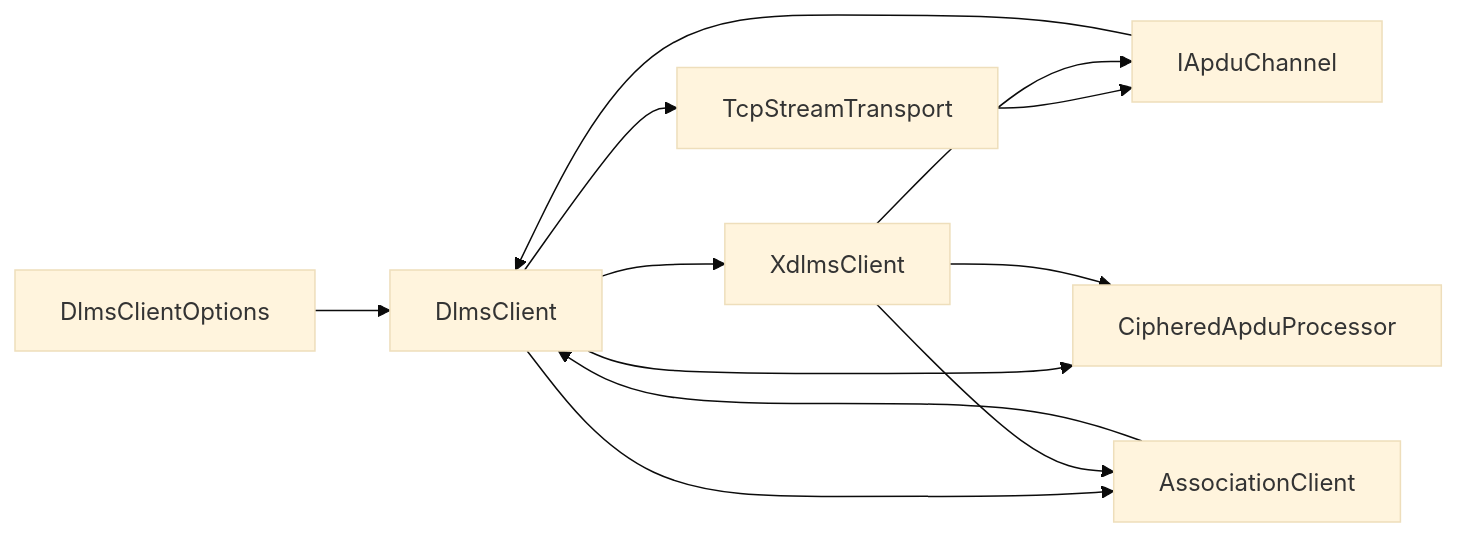
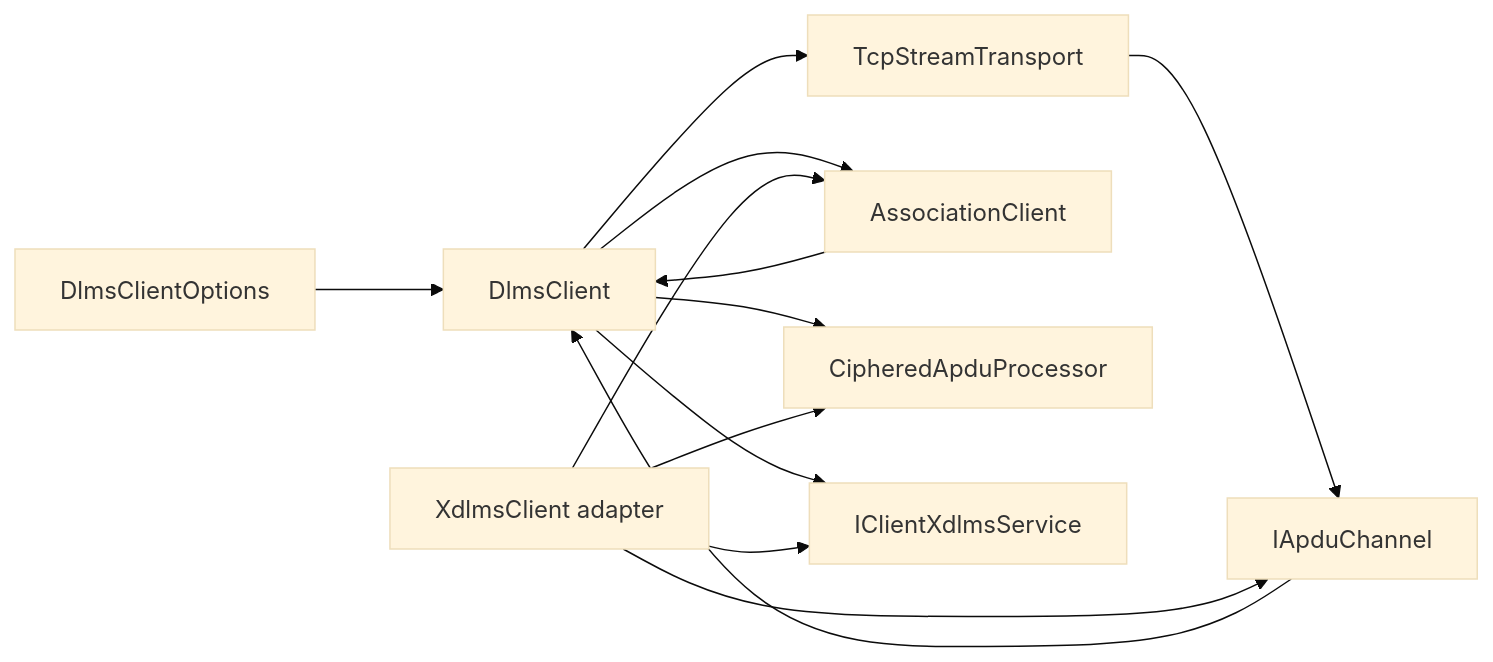
One commit to gvtret/dlms-client changed the second of 8 diagrams in docs/02_client_architecture.md. Above: the diagram before and after it, drawn with Mermaid (base theme). The commit also changed other lines of this file and 6 other files, not shown here.

First line of the commit message:
feat(client): add abstract xdlms service port

````diff
--- a/docs/02_client_architecture.md
+++ b/docs/02_client_architecture.md
@@ -42,22 +42,24 @@
 ```mermaid
 flowchart LR
   Options["DlmsClientOptions"]
   Client["DlmsClient"]
   Stream["TcpStreamTransport"]
   Channel["IApduChannel"]
   Association["AssociationClient"]
   Security["CipheredApduProcessor"]
-  Services["XdlmsClient"]
+  Services["IClientXdlmsService"]
+  XdlmsClient["XdlmsClient adapter"]
 
   Options --> Client
   Client --> Stream
   Stream --> Channel
   Channel --> Client
   Association --> Client
   Client --> Association
   Client --> Security
   Client --> Services
-  Services --> Channel
-  Services --> Association
-  Services --> Security
+  XdlmsClient --> Services
+  XdlmsClient --> Channel
+  XdlmsClient --> Association
+  XdlmsClient --> Security
 ```
````
